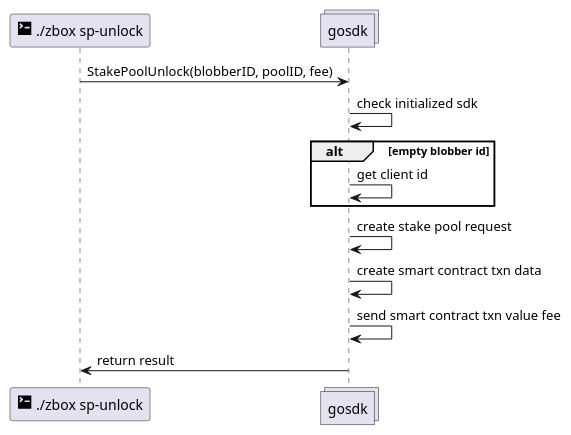
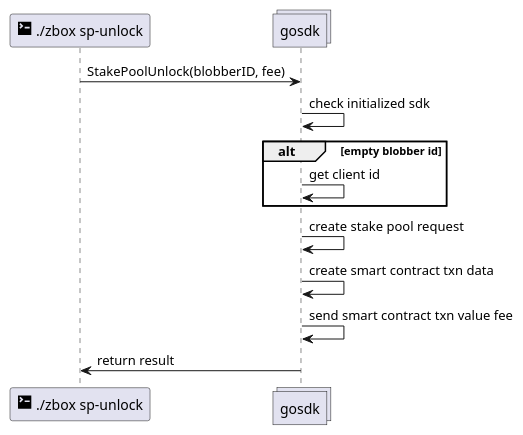
The diagram in docs/uml/stake pool unlock.puml (0chain/gosdk), drawn with PlantUML before and after one commit. The commit also changed 6 other files, not shown here.

```diff
--- a/docs/uml/stake pool unlock.puml
+++ b/docs/uml/stake pool unlock.puml
@@ -1,16 +1,16 @@
 @startuml
 participant "<size:20><&terminal></size> ./zbox sp-unlock" as cli
 collections gosdk
 
-cli -> gosdk: StakePoolUnlock(blobberID, poolID, fee)
+cli -> gosdk: StakePoolUnlock(blobberID, fee)
 
 gosdk -> gosdk: check initialized sdk
 alt empty blobber id
 gosdk -> gosdk: get client id
 end
 
 gosdk -> gosdk: create stake pool request
 gosdk -> gosdk: create smart contract txn data
-gosdk -> gosdk: send smart contract txn value fee 
+gosdk -> gosdk: send smart contract txn value fee
 gosdk -> cli: return result
 @enduml
```
